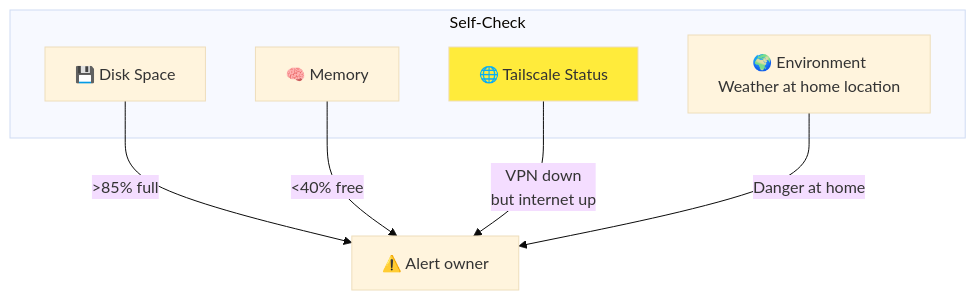
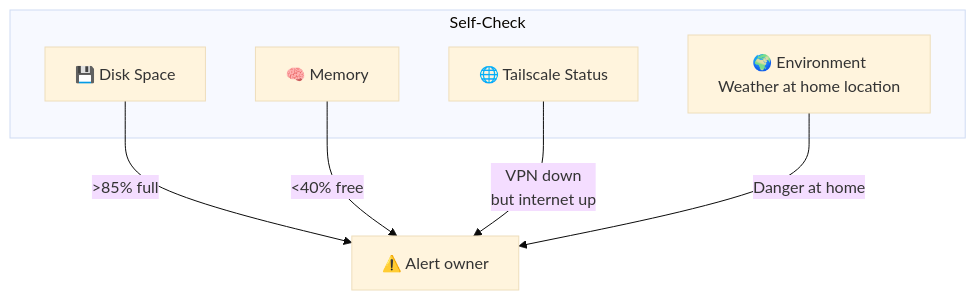
One commit to sidalto1-dev/location-safety-skill changed the fifth of 5 diagrams in README.md. Above: the diagram before and after it, drawn with Mermaid (base theme).

Commit message:
Remove weird yellow highlighting

````diff
--- a/README.md
+++ b/README.md
@@ -112,16 +112,14 @@
 ```mermaid
 graph TB
     subgraph "Self-Check"
         DISK[💾 Disk Space]
         MEM[🧠 Memory]
         NET[🌐 Tailscale Status]
         ENV[🌍 Environment<br/>Weather at home location]
     end
     
     DISK -->|>85% full| WARN[⚠️ Alert owner]
     MEM -->|<40% free| WARN
     NET -->|VPN down<br/>but internet up| WARN
     ENV -->|Danger at home| WARN
-    
-    style NET fill:#ffeb3b
 ```
````
